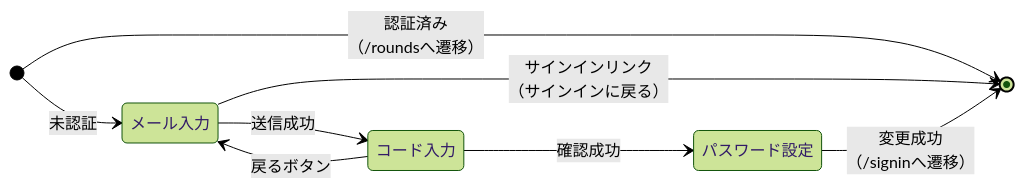
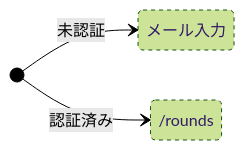
The seventh of 10 diagrams in docs/screen-state.md (yukiyamasaki6/aims), drawn with Mermaid (forest theme) before and after one commit. The commit also changed other lines of this file, not shown here.

First line of the commit message:
docs: screen-state.mdの状態遷移図の表記を整理する (#355)

````diff
--- a/docs/screen-state.md
+++ b/docs/screen-state.md
@@ -176,14 +204,12 @@
 ```mermaid
 stateDiagram-v2
     direction LR
-    [*] --> メール入力: 未認証
-    [*] --> [*]: 認証済み<br/>（/roundsへ遷移）
+    state "メール入力" as EmailStep
+    state "/rounds" as Rounds
 
-    メール入力 --> コード入力: 送信成功
-    メール入力 --> [*]: サインインリンク<br/>（サインインに戻る）
+    [*] --> EmailStep: 未認証
+    [*] --> Rounds: 認証済み
 
-    コード入力 --> パスワード設定: 確認成功
-    コード入力 --> メール入力: 戻るボタン
-
-    パスワード設定 --> [*]: 変更成功<br/>（/signinへ遷移）
+    classDef external stroke-dasharray: 4 4
+    class EmailStep,Rounds external
 ```
````
